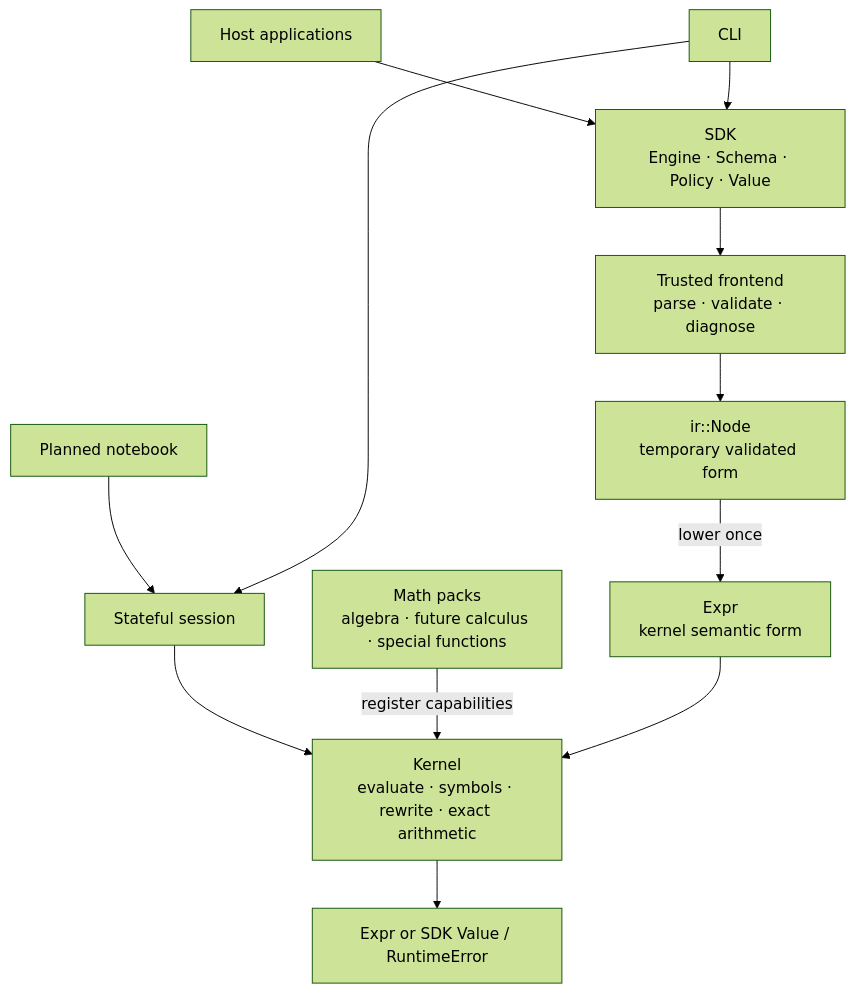
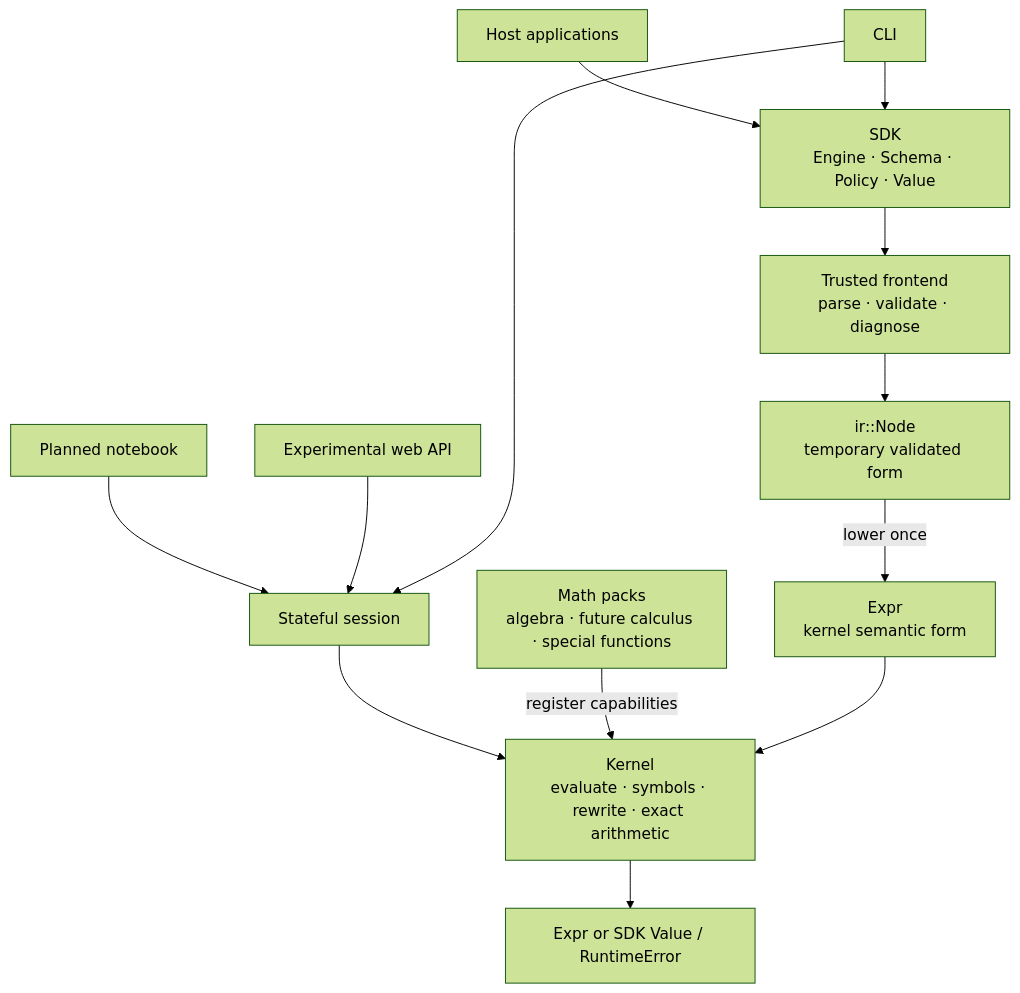
One commit to sergiorf/aleph3 changed the first of 7 diagrams in docs/architecture.md. Above: the diagram before and after it, drawn with Mermaid (forest theme). The commit also changed other lines of this file and 9 other files, not shown here.

Commit message:
first web api

````diff
--- a/docs/architecture.md
+++ b/docs/architecture.md
@@ -16,14 +16,15 @@
 ```mermaid
 flowchart TB
     Host["Host applications"] --> SDK["SDK<br/>Engine · Schema · Policy · Value"]
     Notebook["Planned notebook"] --> Session["Stateful session"]
+    WebApi["Experimental web API"] --> Session
     CLI["CLI"] --> Session
     Session --> Kernel
     CLI --> SDK
     SDK --> Frontend["Trusted frontend<br/>parse · validate · diagnose"]
     Frontend --> IR["ir::Node<br/>temporary validated form"]
     IR -->|lower once| Expr["Expr<br/>kernel semantic form"]
     Packs["Math packs<br/>algebra · future calculus · special functions"] -->|register capabilities| Kernel
     Expr --> Kernel["Kernel<br/>evaluate · symbols · rewrite · exact arithmetic"]
     Kernel --> Result["Expr or SDK Value / RuntimeError"]
 ```
````
